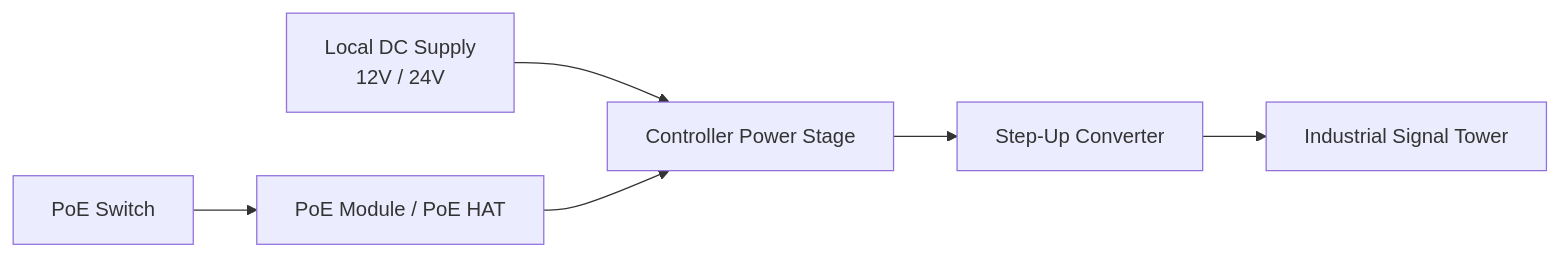
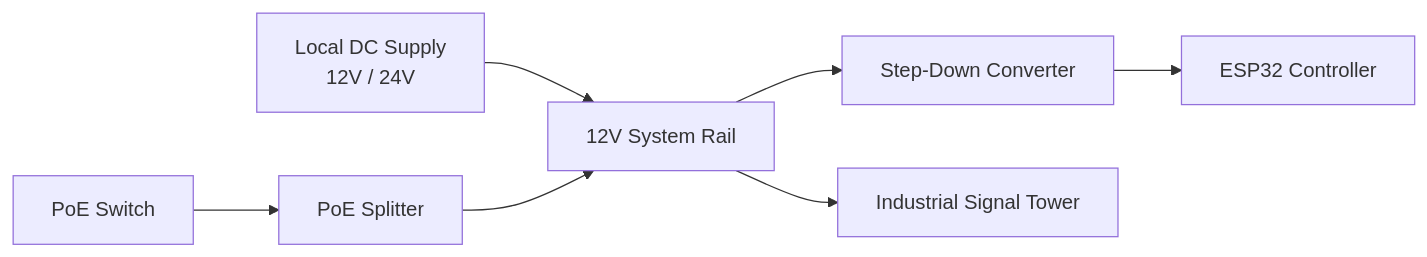
Before and after one commit to Apollonike/esp32-industrial-signal-tower: the diagram in docs/power_architecture.md, drawn with Mermaid. The commit also changed other lines of this file and 2 other files, not shown here.

First line of the commit message:
Cleaned up and unified power architecture documentation across the project.

````diff
--- a/docs/power_architecture.md
+++ b/docs/power_architecture.md
@@ -22,8 +22,9 @@
 ``` mermaid
 flowchart LR
-    A[Local DC Supply<br/>12V / 24V] --> B[Controller Power Stage]
-    C[PoE Switch] --> D[PoE Module / PoE HAT]
+    A[Local DC Supply<br/>12V / 24V] --> B[12V System Rail]
+    C[PoE Switch] --> D[PoE Splitter]
     D --> B
-    B --> E[Step-Up Converter]
-    E --> F[Industrial Signal Tower]
+    B --> E[Step-Down Converter]
+    E --> F[ESP32 Controller]
+    B --> G[Industrial Signal Tower]
 ```
````
